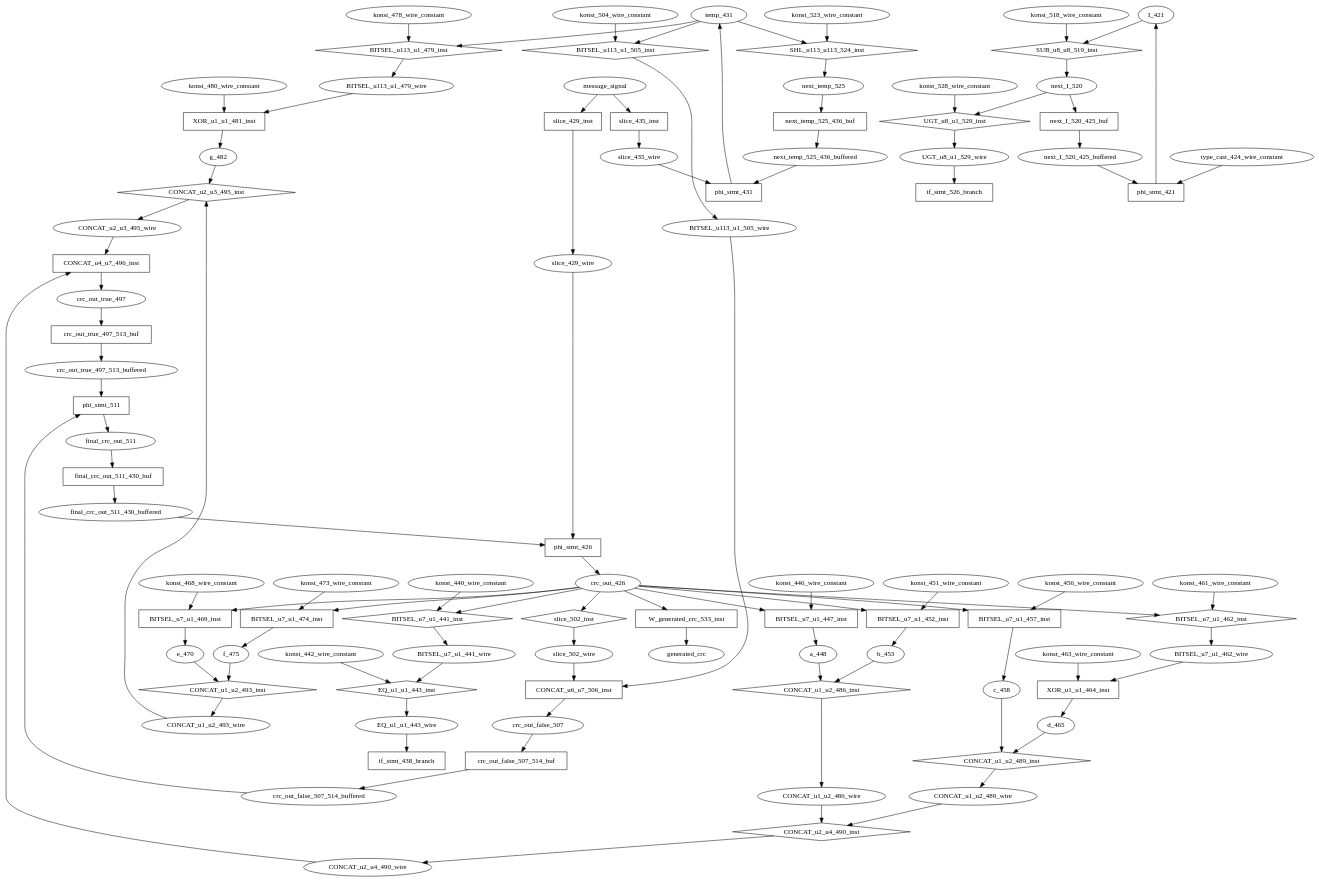
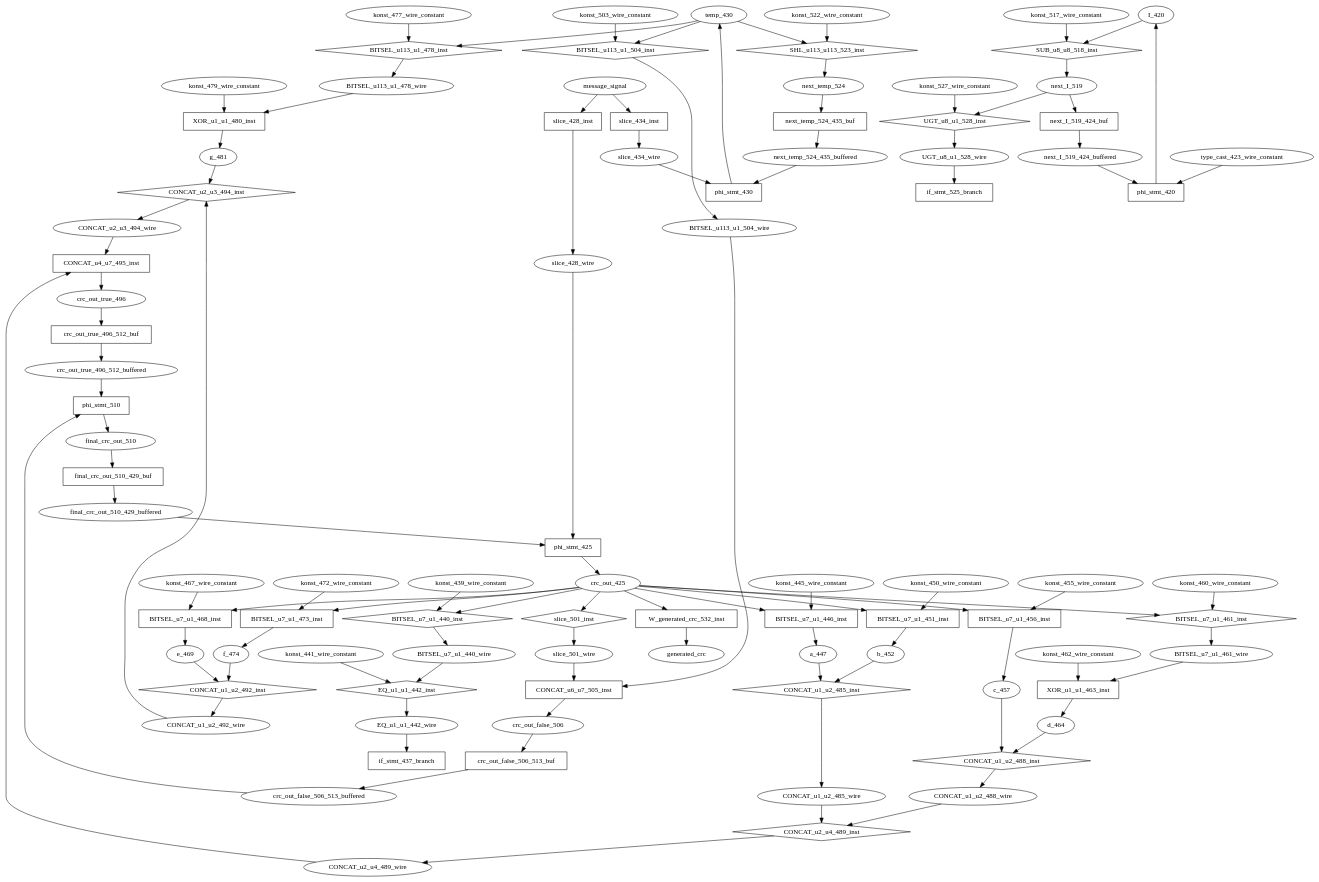
One commit to Priyankar1996/AjitPeripherals changed the diagram in SD/SD_Host_Controller/hw/generate_crc_7_120_DP.dot. Above: the diagram before and after it, drawn with Graphviz. The commit also changed 48 other files, not shown here.

```diff
--- a/SD/SD_Host_Controller/hw/generate_crc_7_120_DP.dot
+++ b/SD/SD_Host_Controller/hw/generate_crc_7_120_DP.dot
@@ -1,187 +1,187 @@
 digraph data_path {
-  BITSEL_u113_u1_479_wire [shape=ellipse];
-  BITSEL_u113_u1_505_wire [shape=ellipse];
-  BITSEL_u7_u1_441_wire [shape=ellipse];
-  BITSEL_u7_u1_462_wire [shape=ellipse];
-  CONCAT_u1_u2_486_wire [shape=ellipse];
-  CONCAT_u1_u2_489_wire [shape=ellipse];
-  CONCAT_u1_u2_493_wire [shape=ellipse];
-  CONCAT_u2_u3_495_wire [shape=ellipse];
-  CONCAT_u2_u4_490_wire [shape=ellipse];
-  EQ_u1_u1_443_wire [shape=ellipse];
-  I_421 [shape=ellipse];
-  UGT_u8_u1_529_wire [shape=ellipse];
-  a_448 [shape=ellipse];
-  b_453 [shape=ellipse];
-  c_458 [shape=ellipse];
-  crc_out_426 [shape=ellipse];
-  crc_out_false_507 [shape=ellipse];
-  crc_out_false_507_514_buffered [shape=ellipse];
-  crc_out_true_497 [shape=ellipse];
-  crc_out_true_497_513_buffered [shape=ellipse];
-  d_465 [shape=ellipse];
-  e_470 [shape=ellipse];
-  f_475 [shape=ellipse];
-  final_crc_out_511 [shape=ellipse];
-  final_crc_out_511_430_buffered [shape=ellipse];
-  g_482 [shape=ellipse];
-  konst_440_wire_constant [shape=ellipse];
-  konst_442_wire_constant [shape=ellipse];
-  konst_446_wire_constant [shape=ellipse];
-  konst_451_wire_constant [shape=ellipse];
-  konst_456_wire_constant [shape=ellipse];
-  konst_461_wire_constant [shape=ellipse];
-  konst_463_wire_constant [shape=ellipse];
-  konst_468_wire_constant [shape=ellipse];
-  konst_473_wire_constant [shape=ellipse];
-  konst_478_wire_constant [shape=ellipse];
-  konst_480_wire_constant [shape=ellipse];
-  konst_504_wire_constant [shape=ellipse];
-  konst_518_wire_constant [shape=ellipse];
-  konst_523_wire_constant [shape=ellipse];
-  konst_528_wire_constant [shape=ellipse];
-  next_I_520 [shape=ellipse];
-  next_I_520_425_buffered [shape=ellipse];
-  next_temp_525 [shape=ellipse];
-  next_temp_525_436_buffered [shape=ellipse];
-  slice_429_wire [shape=ellipse];
-  slice_435_wire [shape=ellipse];
-  slice_502_wire [shape=ellipse];
-  temp_431 [shape=ellipse];
-  type_cast_424_wire_constant [shape=ellipse];
-  BITSEL_u113_u1_479_inst [shape=diamond];
-temp_431  -> BITSEL_u113_u1_479_inst;
-konst_478_wire_constant  -> BITSEL_u113_u1_479_inst;
-BITSEL_u113_u1_479_inst -> BITSEL_u113_u1_479_wire;
-  BITSEL_u113_u1_505_inst [shape=diamond];
-temp_431  -> BITSEL_u113_u1_505_inst;
-konst_504_wire_constant  -> BITSEL_u113_u1_505_inst;
-BITSEL_u113_u1_505_inst -> BITSEL_u113_u1_505_wire;
-  BITSEL_u7_u1_441_inst [shape=diamond];
-crc_out_426  -> BITSEL_u7_u1_441_inst;
-konst_440_wire_constant  -> BITSEL_u7_u1_441_inst;
-BITSEL_u7_u1_441_inst -> BITSEL_u7_u1_441_wire;
-  BITSEL_u7_u1_447_inst [shape=rectangle];
-crc_out_426  -> BITSEL_u7_u1_447_inst;
-konst_446_wire_constant  -> BITSEL_u7_u1_447_inst;
-BITSEL_u7_u1_447_inst -> a_448;
-  BITSEL_u7_u1_452_inst [shape=rectangle];
-crc_out_426  -> BITSEL_u7_u1_452_inst;
-konst_451_wire_constant  -> BITSEL_u7_u1_452_inst;
-BITSEL_u7_u1_452_inst -> b_453;
-  BITSEL_u7_u1_457_inst [shape=rectangle];
-crc_out_426  -> BITSEL_u7_u1_457_inst;
-konst_456_wire_constant  -> BITSEL_u7_u1_457_inst;
-BITSEL_u7_u1_457_inst -> c_458;
-  BITSEL_u7_u1_462_inst [shape=diamond];
-crc_out_426  -> BITSEL_u7_u1_462_inst;
-konst_461_wire_constant  -> BITSEL_u7_u1_462_inst;
-BITSEL_u7_u1_462_inst -> BITSEL_u7_u1_462_wire;
-  BITSEL_u7_u1_469_inst [shape=rectangle];
-crc_out_426  -> BITSEL_u7_u1_469_inst;
-konst_468_wire_constant  -> BITSEL_u7_u1_469_inst;
-BITSEL_u7_u1_469_inst -> e_470;
-  BITSEL_u7_u1_474_inst [shape=rectangle];
-crc_out_426  -> BITSEL_u7_u1_474_inst;
-konst_473_wire_constant  -> BITSEL_u7_u1_474_inst;
-BITSEL_u7_u1_474_inst -> f_475;
-  CONCAT_u1_u2_486_inst [shape=diamond];
-a_448  -> CONCAT_u1_u2_486_inst;
-b_453  -> CONCAT_u1_u2_486_inst;
-CONCAT_u1_u2_486_inst -> CONCAT_u1_u2_486_wire;
-  CONCAT_u1_u2_489_inst [shape=diamond];
-c_458  -> CONCAT_u1_u2_489_inst;
-d_465  -> CONCAT_u1_u2_489_inst;
-CONCAT_u1_u2_489_inst -> CONCAT_u1_u2_489_wire;
-  CONCAT_u1_u2_493_inst [shape=diamond];
-e_470  -> CONCAT_u1_u2_493_inst;
-f_475  -> CONCAT_u1_u2_493_inst;
-CONCAT_u1_u2_493_inst -> CONCAT_u1_u2_493_wire;
-  CONCAT_u2_u3_495_inst [shape=diamond];
-CONCAT_u1_u2_493_wire  -> CONCAT_u2_u3_495_inst;
-g_482  -> CONCAT_u2_u3_495_inst;
-CONCAT_u2_u3_495_inst -> CONCAT_u2_u3_495_wire;
-  CONCAT_u2_u4_490_inst [shape=diamond];
-CONCAT_u1_u2_486_wire  -> CONCAT_u2_u4_490_inst;
-CONCAT_u1_u2_489_wire  -> CONCAT_u2_u4_490_inst;
-CONCAT_u2_u4_490_inst -> CONCAT_u2_u4_490_wire;
-  CONCAT_u4_u7_496_inst [shape=rectangle];
-CONCAT_u2_u4_490_wire  -> CONCAT_u4_u7_496_inst;
-CONCAT_u2_u3_495_wire  -> CONCAT_u4_u7_496_inst;
-CONCAT_u4_u7_496_inst -> crc_out_true_497;
-  CONCAT_u6_u7_506_inst [shape=rectangle];
-slice_502_wire  -> CONCAT_u6_u7_506_inst;
-BITSEL_u113_u1_505_wire  -> CONCAT_u6_u7_506_inst;
-CONCAT_u6_u7_506_inst -> crc_out_false_507;
-  EQ_u1_u1_443_inst [shape=diamond];
-BITSEL_u7_u1_441_wire  -> EQ_u1_u1_443_inst;
-konst_442_wire_constant  -> EQ_u1_u1_443_inst;
-EQ_u1_u1_443_inst -> EQ_u1_u1_443_wire;
-  SHL_u113_u113_524_inst [shape=diamond];
-temp_431  -> SHL_u113_u113_524_inst;
-konst_523_wire_constant  -> SHL_u113_u113_524_inst;
-SHL_u113_u113_524_inst -> next_temp_525;
-  SUB_u8_u8_519_inst [shape=diamond];
-I_421  -> SUB_u8_u8_519_inst;
-konst_518_wire_constant  -> SUB_u8_u8_519_inst;
-SUB_u8_u8_519_inst -> next_I_520;
-  UGT_u8_u1_529_inst [shape=diamond];
-next_I_520  -> UGT_u8_u1_529_inst;
-konst_528_wire_constant  -> UGT_u8_u1_529_inst;
-UGT_u8_u1_529_inst -> UGT_u8_u1_529_wire;
-  W_generated_crc_533_inst [shape=rectangle];
-crc_out_426  -> W_generated_crc_533_inst;
-W_generated_crc_533_inst -> generated_crc;
-  XOR_u1_u1_464_inst [shape=rectangle];
-BITSEL_u7_u1_462_wire  -> XOR_u1_u1_464_inst;
-konst_463_wire_constant  -> XOR_u1_u1_464_inst;
-XOR_u1_u1_464_inst -> d_465;
-  XOR_u1_u1_481_inst [shape=rectangle];
-BITSEL_u113_u1_479_wire  -> XOR_u1_u1_481_inst;
-konst_480_wire_constant  -> XOR_u1_u1_481_inst;
-XOR_u1_u1_481_inst -> g_482;
-  crc_out_false_507_514_buf [shape=rectangle];
-crc_out_false_507  -> crc_out_false_507_514_buf;
-crc_out_false_507_514_buf -> crc_out_false_507_514_buffered;
-  crc_out_true_497_513_buf [shape=rectangle];
-crc_out_true_497  -> crc_out_true_497_513_buf;
-crc_out_true_497_513_buf -> crc_out_true_497_513_buffered;
-  final_crc_out_511_430_buf [shape=rectangle];
-final_crc_out_511  -> final_crc_out_511_430_buf;
-final_crc_out_511_430_buf -> final_crc_out_511_430_buffered;
-  if_stmt_438_branch [shape=rectangle];
-EQ_u1_u1_443_wire  -> if_stmt_438_branch;
-  if_stmt_526_branch [shape=rectangle];
-UGT_u8_u1_529_wire  -> if_stmt_526_branch;
-  next_I_520_425_buf [shape=rectangle];
-next_I_520  -> next_I_520_425_buf;
-next_I_520_425_buf -> next_I_520_425_buffered;
-  next_temp_525_436_buf [shape=rectangle];
-next_temp_525  -> next_temp_525_436_buf;
-next_temp_525_436_buf -> next_temp_525_436_buffered;
-  phi_stmt_421 [shape=rectangle];
-type_cast_424_wire_constant  -> phi_stmt_421;
-next_I_520_425_buffered  -> phi_stmt_421;
-phi_stmt_421 -> I_421;
-  phi_stmt_426 [shape=rectangle];
-slice_429_wire  -> phi_stmt_426;
-final_crc_out_511_430_buffered  -> phi_stmt_426;
-phi_stmt_426 -> crc_out_426;
-  phi_stmt_431 [shape=rectangle];
-slice_435_wire  -> phi_stmt_431;
-next_temp_525_436_buffered  -> phi_stmt_431;
-phi_stmt_431 -> temp_431;
-  phi_stmt_511 [shape=rectangle];
-crc_out_true_497_513_buffered  -> phi_stmt_511;
-crc_out_false_507_514_buffered  -> phi_stmt_511;
-phi_stmt_511 -> final_crc_out_511;
-  slice_429_inst [shape=rectangle];
-message_signal  -> slice_429_inst;
-slice_429_inst -> slice_429_wire;
-  slice_435_inst [shape=rectangle];
-message_signal  -> slice_435_inst;
-slice_435_inst -> slice_435_wire;
-  slice_502_inst [shape=diamond];
-crc_out_426  -> slice_502_inst;
-slice_502_inst -> slice_502_wire;
+  BITSEL_u113_u1_478_wire [shape=ellipse];
+  BITSEL_u113_u1_504_wire [shape=ellipse];
+  BITSEL_u7_u1_440_wire [shape=ellipse];
+  BITSEL_u7_u1_461_wire [shape=ellipse];
+  CONCAT_u1_u2_485_wire [shape=ellipse];
+  CONCAT_u1_u2_488_wire [shape=ellipse];
+  CONCAT_u1_u2_492_wire [shape=ellipse];
+  CONCAT_u2_u3_494_wire [shape=ellipse];
+  CONCAT_u2_u4_489_wire [shape=ellipse];
+  EQ_u1_u1_442_wire [shape=ellipse];
+  I_420 [shape=ellipse];
+  UGT_u8_u1_528_wire [shape=ellipse];
+  a_447 [shape=ellipse];
+  b_452 [shape=ellipse];
+  c_457 [shape=ellipse];
+  crc_out_425 [shape=ellipse];
+  crc_out_false_506 [shape=ellipse];
+  crc_out_false_506_513_buffered [shape=ellipse];
+  crc_out_true_496 [shape=ellipse];
+  crc_out_true_496_512_buffered [shape=ellipse];
+  d_464 [shape=ellipse];
+  e_469 [shape=ellipse];
+  f_474 [shape=ellipse];
+  final_crc_out_510 [shape=ellipse];
+  final_crc_out_510_429_buffered [shape=ellipse];
+  g_481 [shape=ellipse];
+  konst_439_wire_constant [shape=ellipse];
+  konst_441_wire_constant [shape=ellipse];
+  konst_445_wire_constant [shape=ellipse];
+  konst_450_wire_constant [shape=ellipse];
+  konst_455_wire_constant [shape=ellipse];
+  konst_460_wire_constant [shape=ellipse];
+  konst_462_wire_constant [shape=ellipse];
+  konst_467_wire_constant [shape=ellipse];
+  konst_472_wire_constant [shape=ellipse];
+  konst_477_wire_constant [shape=ellipse];
+  konst_479_wire_constant [shape=ellipse];
+  konst_503_wire_constant [shape=ellipse];
+  konst_517_wire_constant [shape=ellipse];
+  konst_522_wire_constant [shape=ellipse];
+  konst_527_wire_constant [shape=ellipse];
+  next_I_519 [shape=ellipse];
+  next_I_519_424_buffered [shape=ellipse];
+  next_temp_524 [shape=ellipse];
+  next_temp_524_435_buffered [shape=ellipse];
+  slice_428_wire [shape=ellipse];
+  slice_434_wire [shape=ellipse];
+  slice_501_wire [shape=ellipse];
+  temp_430 [shape=ellipse];
+  type_cast_423_wire_constant [shape=ellipse];
+  BITSEL_u113_u1_478_inst [shape=diamond];
+temp_430  -> BITSEL_u113_u1_478_inst;
+konst_477_wire_constant  -> BITSEL_u113_u1_478_inst;
+BITSEL_u113_u1_478_inst -> BITSEL_u113_u1_478_wire;
+  BITSEL_u113_u1_504_inst [shape=diamond];
+temp_430  -> BITSEL_u113_u1_504_inst;
+konst_503_wire_constant  -> BITSEL_u113_u1_504_inst;
+BITSEL_u113_u1_504_inst -> BITSEL_u113_u1_504_wire;
+  BITSEL_u7_u1_440_inst [shape=diamond];
+crc_out_425  -> BITSEL_u7_u1_440_inst;
+konst_439_wire_constant  -> BITSEL_u7_u1_440_inst;
+BITSEL_u7_u1_440_inst -> BITSEL_u7_u1_440_wire;
+  BITSEL_u7_u1_446_inst [shape=rectangle];
+crc_out_425  -> BITSEL_u7_u1_446_inst;
+konst_445_wire_constant  -> BITSEL_u7_u1_446_inst;
+BITSEL_u7_u1_446_inst -> a_447;
+  BITSEL_u7_u1_451_inst [shape=rectangle];
+crc_out_425  -> BITSEL_u7_u1_451_inst;
+konst_450_wire_constant  -> BITSEL_u7_u1_451_inst;
+BITSEL_u7_u1_451_inst -> b_452;
+  BITSEL_u7_u1_456_inst [shape=rectangle];
+crc_out_425  -> BITSEL_u7_u1_456_inst;
+konst_455_wire_constant  -> BITSEL_u7_u1_456_inst;
+BITSEL_u7_u1_456_inst -> c_457;
+  BITSEL_u7_u1_461_inst [shape=diamond];
+crc_out_425  -> BITSEL_u7_u1_461_inst;
+konst_460_wire_constant  -> BITSEL_u7_u1_461_inst;
+BITSEL_u7_u1_461_inst -> BITSEL_u7_u1_461_wire;
+  BITSEL_u7_u1_468_inst [shape=rectangle];
+crc_out_425  -> BITSEL_u7_u1_468_inst;
+konst_467_wire_constant  -> BITSEL_u7_u1_468_inst;
+BITSEL_u7_u1_468_inst -> e_469;
+  BITSEL_u7_u1_473_inst [shape=rectangle];
+crc_out_425  -> BITSEL_u7_u1_473_inst;
+konst_472_wire_constant  -> BITSEL_u7_u1_473_inst;
+BITSEL_u7_u1_473_inst -> f_474;
+  CONCAT_u1_u2_485_inst [shape=diamond];
+a_447  -> CONCAT_u1_u2_485_inst;
+b_452  -> CONCAT_u1_u2_485_inst;
+CONCAT_u1_u2_485_inst -> CONCAT_u1_u2_485_wire;
+  CONCAT_u1_u2_488_inst [shape=diamond];
+c_457  -> CONCAT_u1_u2_488_inst;
+d_464  -> CONCAT_u1_u2_488_inst;
+CONCAT_u1_u2_488_inst -> CONCAT_u1_u2_488_wire;
+  CONCAT_u1_u2_492_inst [shape=diamond];
+e_469  -> CONCAT_u1_u2_492_inst;
+f_474  -> CONCAT_u1_u2_492_inst;
+CONCAT_u1_u2_492_inst -> CONCAT_u1_u2_492_wire;
+  CONCAT_u2_u3_494_inst [shape=diamond];
+CONCAT_u1_u2_492_wire  -> CONCAT_u2_u3_494_inst;
+g_481  -> CONCAT_u2_u3_494_inst;
+CONCAT_u2_u3_494_inst -> CONCAT_u2_u3_494_wire;
+  CONCAT_u2_u4_489_inst [shape=diamond];
+CONCAT_u1_u2_485_wire  -> CONCAT_u2_u4_489_inst;
+CONCAT_u1_u2_488_wire  -> CONCAT_u2_u4_489_inst;
+CONCAT_u2_u4_489_inst -> CONCAT_u2_u4_489_wire;
+  CONCAT_u4_u7_495_inst [shape=rectangle];
+CONCAT_u2_u4_489_wire  -> CONCAT_u4_u7_495_inst;
+CONCAT_u2_u3_494_wire  -> CONCAT_u4_u7_495_inst;
+CONCAT_u4_u7_495_inst -> crc_out_true_496;
+  CONCAT_u6_u7_505_inst [shape=rectangle];
+slice_501_wire  -> CONCAT_u6_u7_505_inst;
+BITSEL_u113_u1_504_wire  -> CONCAT_u6_u7_505_inst;
+CONCAT_u6_u7_505_inst -> crc_out_false_506;
+  EQ_u1_u1_442_inst [shape=diamond];
+BITSEL_u7_u1_440_wire  -> EQ_u1_u1_442_inst;
+konst_441_wire_constant  -> EQ_u1_u1_442_inst;
+EQ_u1_u1_442_inst -> EQ_u1_u1_442_wire;
+  SHL_u113_u113_523_inst [shape=diamond];
+temp_430  -> SHL_u113_u113_523_inst;
+konst_522_wire_constant  -> SHL_u113_u113_523_inst;
+SHL_u113_u113_523_inst -> next_temp_524;
+  SUB_u8_u8_518_inst [shape=diamond];
+I_420  -> SUB_u8_u8_518_inst;
+konst_517_wire_constant  -> SUB_u8_u8_518_inst;
+SUB_u8_u8_518_inst -> next_I_519;
+  UGT_u8_u1_528_inst [shape=diamond];
+next_I_519  -> UGT_u8_u1_528_inst;
+konst_527_wire_constant  -> UGT_u8_u1_528_inst;
+UGT_u8_u1_528_inst -> UGT_u8_u1_528_wire;
+  W_generated_crc_532_inst [shape=rectangle];
+crc_out_425  -> W_generated_crc_532_inst;
+W_generated_crc_532_inst -> generated_crc;
+  XOR_u1_u1_463_inst [shape=rectangle];
+BITSEL_u7_u1_461_wire  -> XOR_u1_u1_463_inst;
+konst_462_wire_constant  -> XOR_u1_u1_463_inst;
+XOR_u1_u1_463_inst -> d_464;
+  XOR_u1_u1_480_inst [shape=rectangle];
+BITSEL_u113_u1_478_wire  -> XOR_u1_u1_480_inst;
+konst_479_wire_constant  -> XOR_u1_u1_480_inst;
+XOR_u1_u1_480_inst -> g_481;
+  crc_out_false_506_513_buf [shape=rectangle];
+crc_out_false_506  -> crc_out_false_506_513_buf;
+crc_out_false_506_513_buf -> crc_out_false_506_513_buffered;
+  crc_out_true_496_512_buf [shape=rectangle];
+crc_out_true_496  -> crc_out_true_496_512_buf;
+crc_out_true_496_512_buf -> crc_out_true_496_512_buffered;
+  final_crc_out_510_429_buf [shape=rectangle];
+final_crc_out_510  -> final_crc_out_510_429_buf;
+final_crc_out_510_429_buf -> final_crc_out_510_429_buffered;
+  if_stmt_437_branch [shape=rectangle];
+EQ_u1_u1_442_wire  -> if_stmt_437_branch;
+  if_stmt_525_branch [shape=rectangle];
+UGT_u8_u1_528_wire  -> if_stmt_525_branch;
+  next_I_519_424_buf [shape=rectangle];
+next_I_519  -> next_I_519_424_buf;
+next_I_519_424_buf -> next_I_519_424_buffered;
+  next_temp_524_435_buf [shape=rectangle];
+next_temp_524  -> next_temp_524_435_buf;
+next_temp_524_435_buf -> next_temp_524_435_buffered;
+  phi_stmt_420 [shape=rectangle];
+type_cast_423_wire_constant  -> phi_stmt_420;
+next_I_519_424_buffered  -> phi_stmt_420;
+phi_stmt_420 -> I_420;
+  phi_stmt_425 [shape=rectangle];
+slice_428_wire  -> phi_stmt_425;
+final_crc_out_510_429_buffered  -> phi_stmt_425;
+phi_stmt_425 -> crc_out_425;
+  phi_stmt_430 [shape=rectangle];
+slice_434_wire  -> phi_stmt_430;
+next_temp_524_435_buffered  -> phi_stmt_430;
+phi_stmt_430 -> temp_430;
+  phi_stmt_510 [shape=rectangle];
+crc_out_true_496_512_buffered  -> phi_stmt_510;
+crc_out_false_506_513_buffered  -> phi_stmt_510;
+phi_stmt_510 -> final_crc_out_510;
+  slice_428_inst [shape=rectangle];
+message_signal  -> slice_428_inst;
+slice_428_inst -> slice_428_wire;
+  slice_434_inst [shape=rectangle];
+message_signal  -> slice_434_inst;
+slice_434_inst -> slice_434_wire;
+  slice_501_inst [shape=diamond];
+crc_out_425  -> slice_501_inst;
+slice_501_inst -> slice_501_wire;
 }
```
